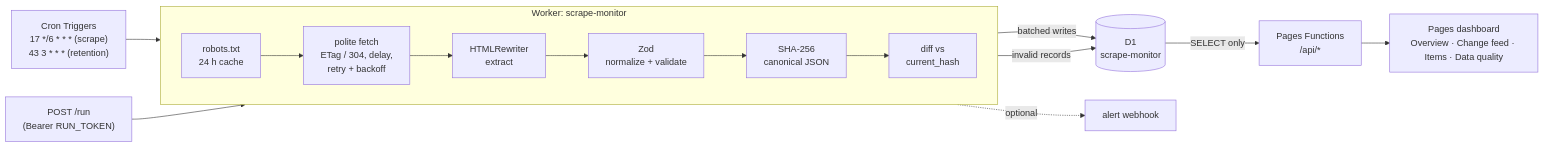
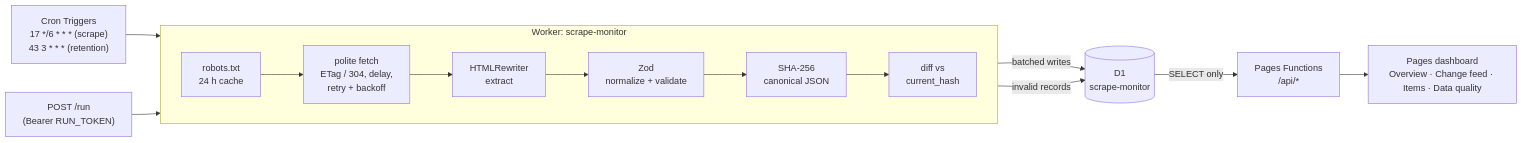
Before and after one commit to Abdifatah2023/cf-scrape-monitor: the diagram in README.md, drawn with Mermaid. The commit also changed other lines of this file, not shown here.

````diff
--- a/README.md
+++ b/README.md
@@ -14,14 +9,13 @@
 ```mermaid
 flowchart LR
   cron["Cron Triggers<br/>17 */6 * * * (scrape)<br/>43 3 * * * (retention)"] --> W
   run["POST /run<br/>(Bearer RUN_TOKEN)"] --> W
   subgraph W["Worker: scrape-monitor"]
     direction LR
     R[robots.txt<br/>24 h cache] --> F[polite fetch<br/>ETag / 304, delay,<br/>retry + backoff] --> P[HTMLRewriter<br/>extract] --> V[Zod<br/>normalize + validate] --> H[SHA-256<br/>canonical JSON] --> D[diff vs<br/>current_hash]
   end
   D -->|batched writes| DB[(D1<br/>scrape-monitor)]
   V -->|invalid records| DB
-  W -.->|optional| A[alert webhook]
   DB -->|SELECT only| API["Pages Functions<br/>/api/*"]
   API --> UI["Pages dashboard<br/>Overview · Change feed · Items · Data quality"]
 ```
````
